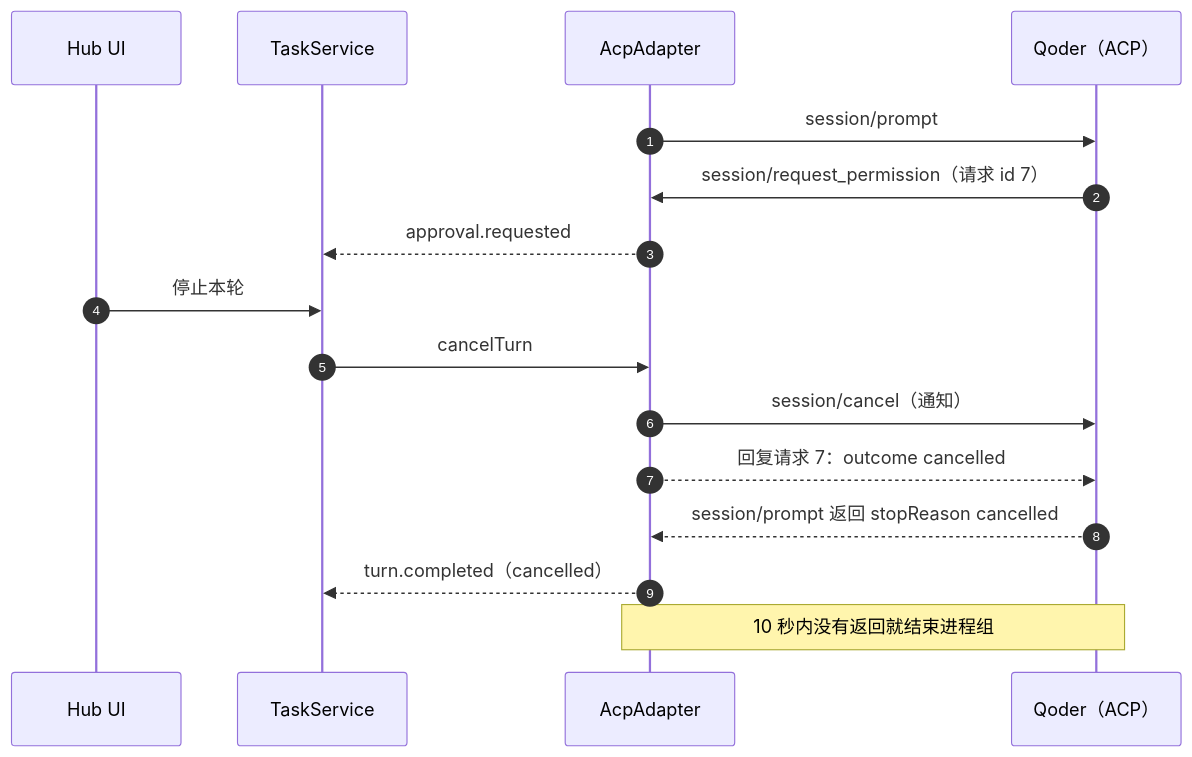
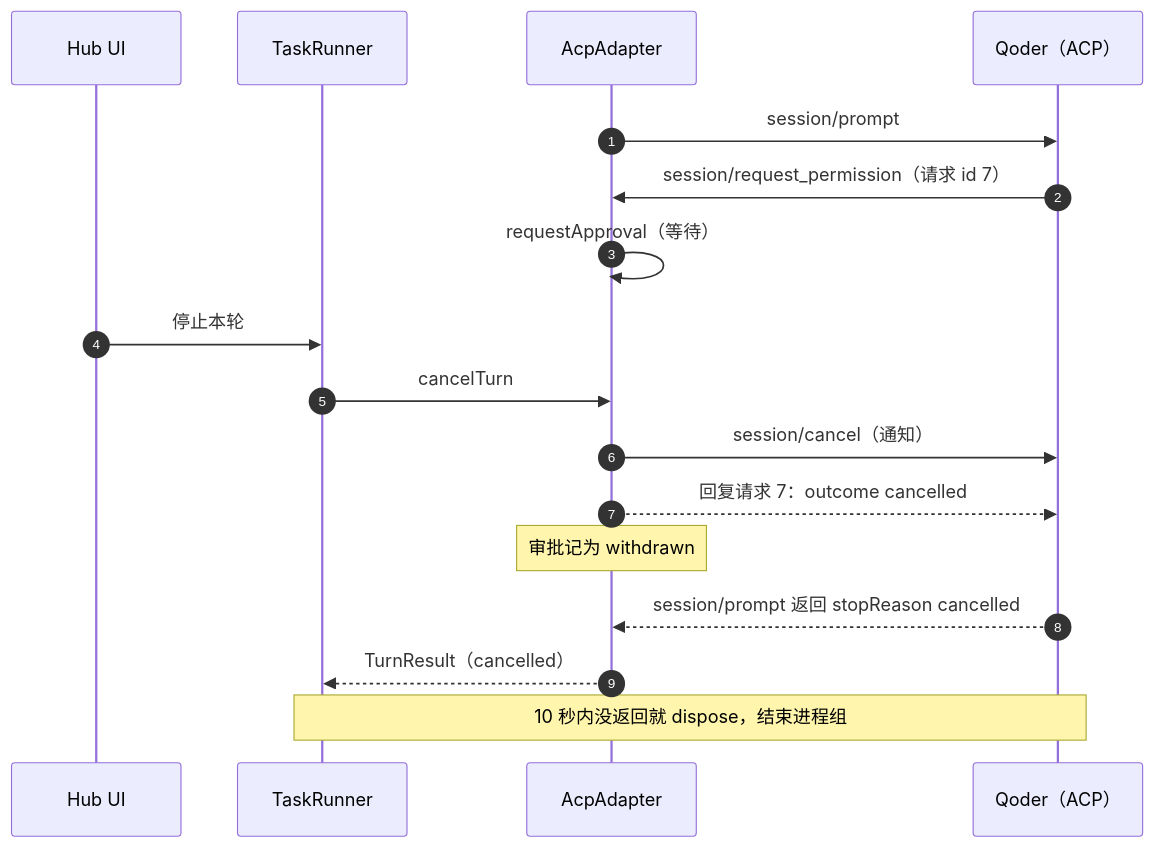
Before and after one commit to xv-jiaqi/multi-apps: the fourth of 5 diagrams in apps/agent-hub/docs/architecture.md, drawn with Mermaid. The commit also changed other lines of this file and 3 other files, not shown here.

Commit message:
docs(docs): rewrite agent-hub README, architecture and decisions for tauri + node:sqlite

````diff
--- a/apps/agent-hub/docs/architecture.md
+++ b/apps/agent-hub/docs/architecture.md
@@ -267,18 +542,19 @@
 ```mermaid
 sequenceDiagram
   autonumber
   participant UI as Hub UI
-  participant T as TaskService
+  participant R as TaskRunner
   participant A as AcpAdapter
   participant Q as Qoder（ACP）
   A->>Q: session/prompt
   Q->>A: session/request_permission（请求 id 7）
-  A-->>T: approval.requested
-  UI->>T: 停止本轮
-  T->>A: cancelTurn
+  A->>A: requestApproval（等待）
+  UI->>R: 停止本轮
+  R->>A: cancelTurn
   A->>Q: session/cancel（通知）
   A-->>Q: 回复请求 7：outcome cancelled
+  Note over A: 审批记为 withdrawn
   Q-->>A: session/prompt 返回 stopReason cancelled
-  A-->>T: turn.completed（cancelled）
-  Note over A,Q: 10 秒内没有返回就结束进程组
+  A-->>R: TurnResult（cancelled）
+  Note over R,Q: 10 秒内没返回就 dispose，结束进程组
 ```
````
